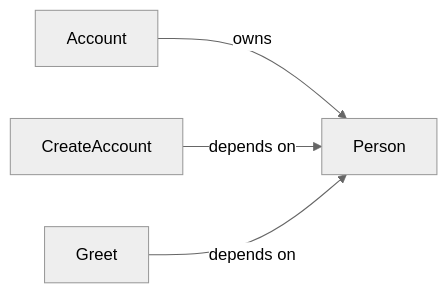
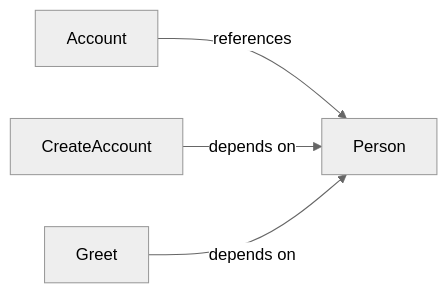
Before and after one commit to dermrvn-code/doc-lang: the second of 2 diagrams in examples/csharp/output/csharpsample.md, drawn with Mermaid (neutral theme). The commit also changed 5 other files, not shown here.

Commit message:
refactor: rename 'owns' in graph to 'references'

````diff
--- a/examples/csharp/output/csharpsample.md
+++ b/examples/csharp/output/csharpsample.md
@@ -41,12 +41,12 @@
 ```mermaid
 graph LR
 
 person["Person"]
 account["Account"]
 createaccount["CreateAccount"]
 greet["Greet"]
 
-account -->|"owns"| person
+account -->|"references"| person
 createaccount -->|"depends on"| person
 greet -->|"depends on"| person
 ```
````
